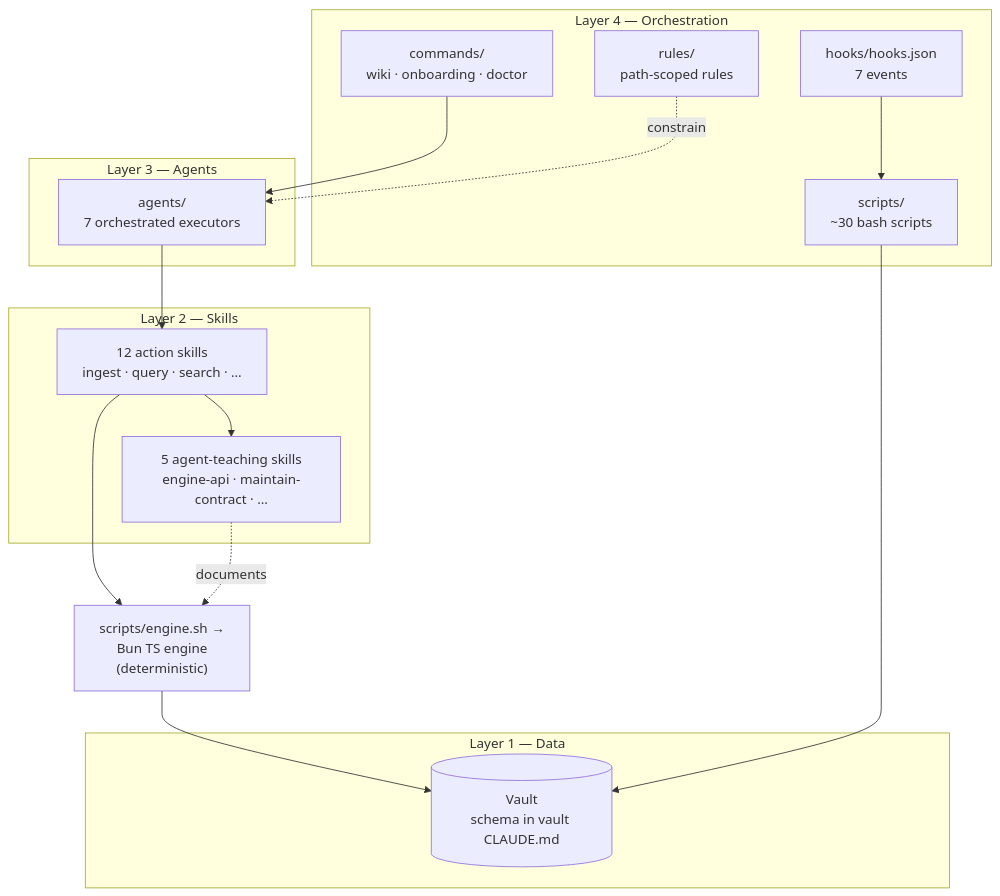
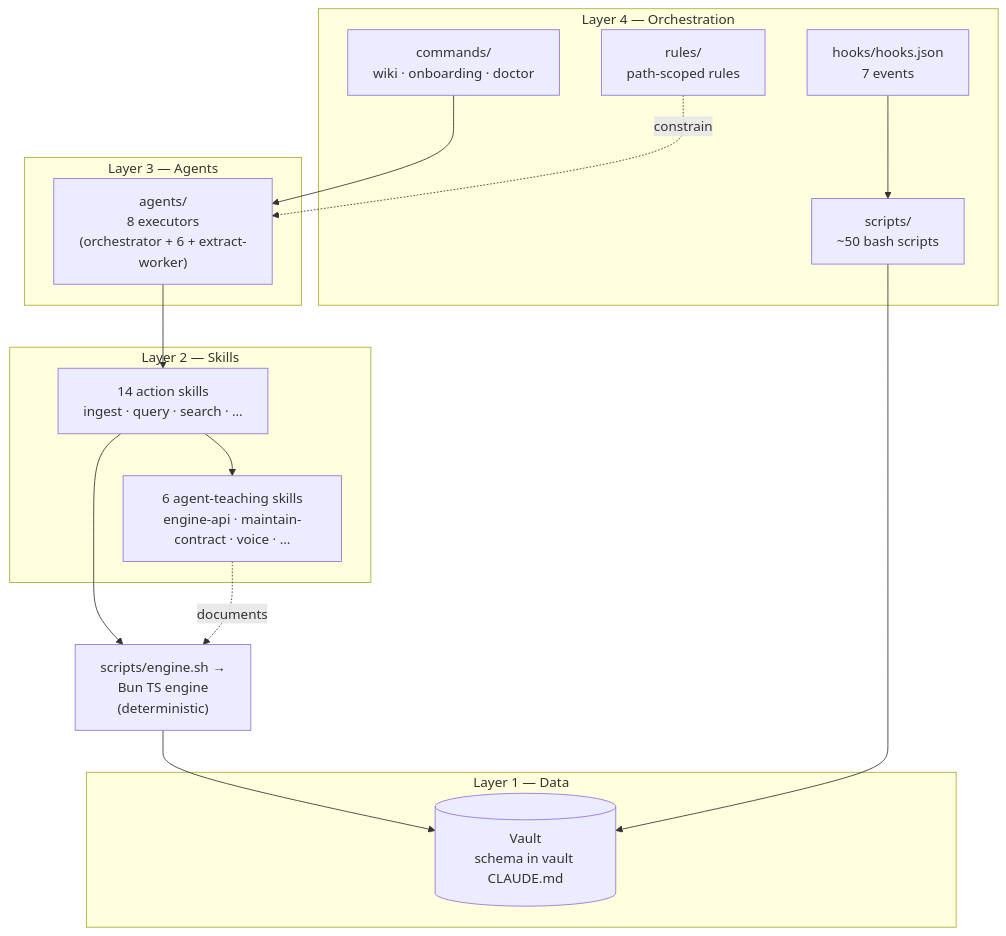
Before and after one commit to odere-pro/claude-wiki-pages-plugin: the second of 2 diagrams in docs/design/01-system-context.md, drawn with Mermaid. The commit also changed other lines of this file and 47 other files, not shown here.

First line of the commit message:
docs: apply voice pass, sync counts/diagrams, repoint stale vault-example paths

````diff
--- a/docs/design/01-system-context.md
+++ b/docs/design/01-system-context.md
@@ -45,31 +45,31 @@
 ```mermaid
 graph TB
     subgraph L4["Layer 4 — Orchestration"]
         cmd["commands/<br/>wiki · onboarding · doctor"]
         hooks["hooks/hooks.json<br/>7 events"]
-        scripts["scripts/<br/>~30 bash scripts"]
+        scripts["scripts/<br/>~50 bash scripts"]
         rules["rules/<br/>path-scoped rules"]
     end
     subgraph L3["Layer 3 — Agents"]
-        agents["agents/<br/>7 orchestrated executors"]
+        agents["agents/<br/>8 executors<br/>(orchestrator + 6 + extract-worker)"]
     end
     subgraph L2["Layer 2 — Skills"]
-        actions["12 action skills<br/>ingest · query · search · …"]
-        teaching["5 agent-teaching skills<br/>engine-api · maintain-contract · …"]
+        actions["14 action skills<br/>ingest · query · search · …"]
+        teaching["6 agent-teaching skills<br/>engine-api · maintain-contract · voice · …"]
     end
     subgraph L1["Layer 1 — Data"]
         data[("Vault<br/>schema in vault CLAUDE.md")]
     end
 
     engine["scripts/engine.sh →<br/>Bun TS engine<br/>(deterministic)"]
 
     cmd --> agents
     hooks --> scripts
     agents --> actions
     actions --> teaching
     actions --> engine
     teaching -. documents .-> engine
     engine --> data
     scripts --> data
     rules -. constrain .-> agents
 ```
````
